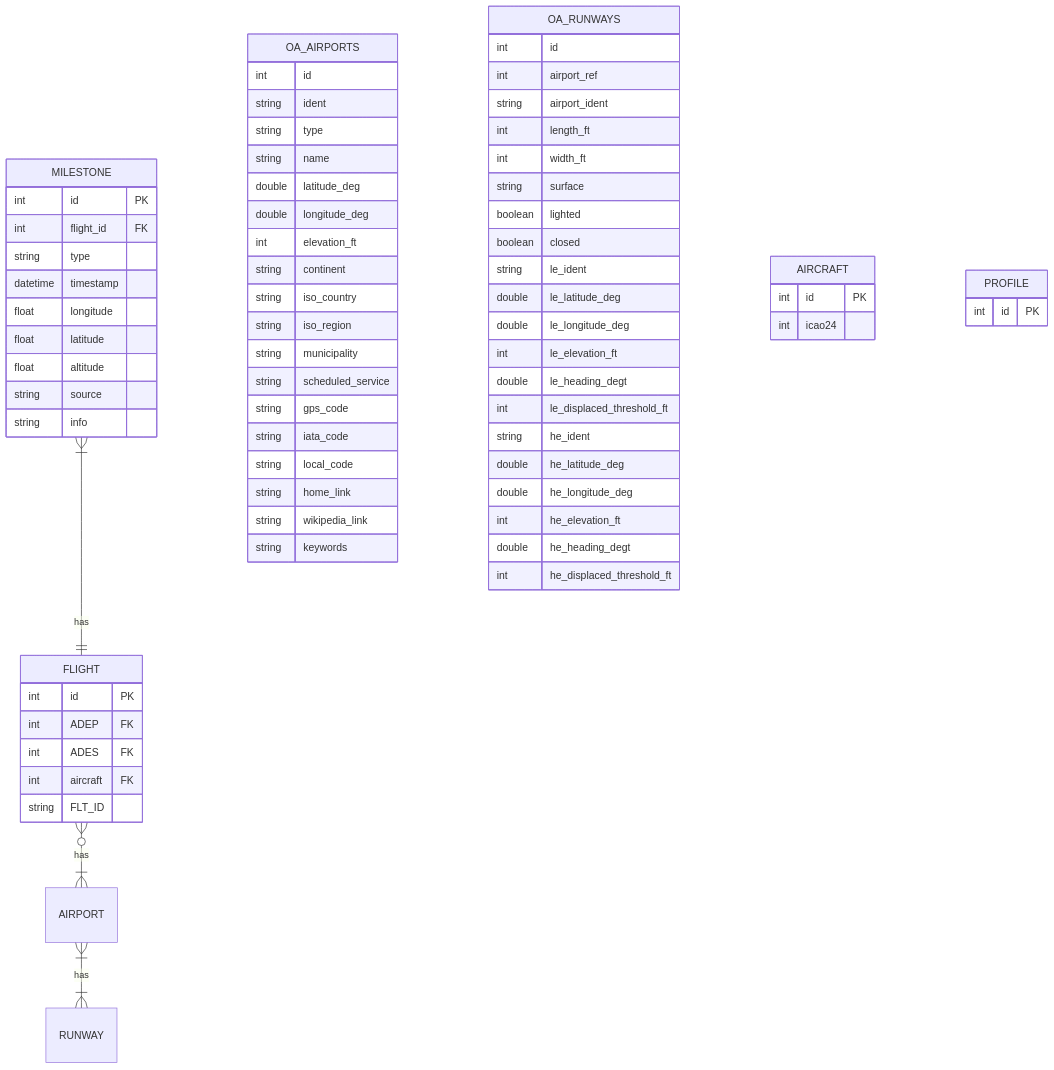
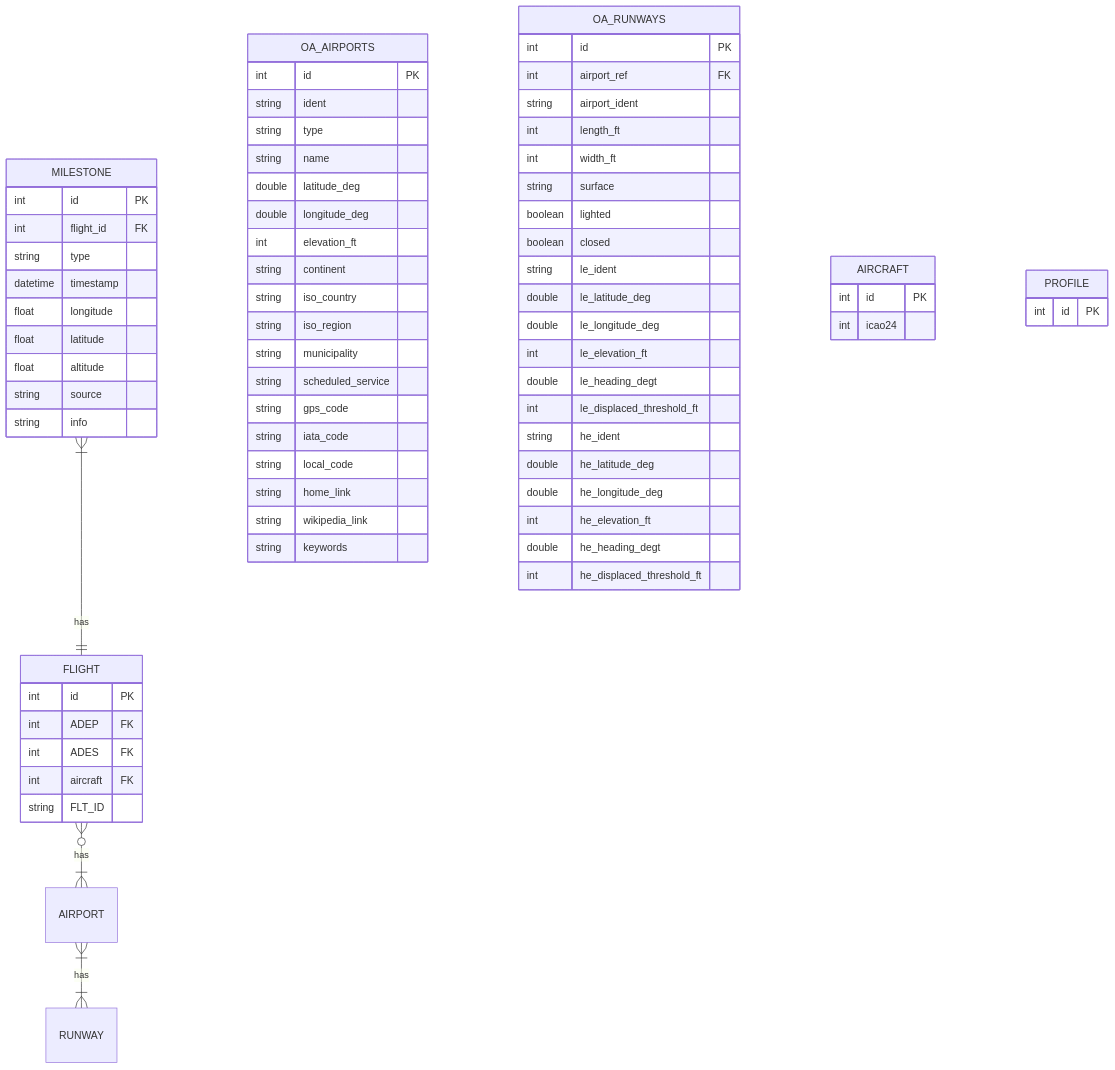
Before and after one commit to euctrl-pru/flight-milestones-concepts: the diagram in index.qmd, drawn with Mermaid.

````diff
--- a/index.qmd
+++ b/index.qmd
@@ -134,78 +134,78 @@
 ```{mermaid}
 %%| label: fig-er-diagram
 %%| fig-cap: "Entity-Relationship diagram for Milestone and relevant concepts."
 
 erDiagram
     MILESTONE {
         int id PK
         int flight_id FK
         string type
         datetime timestamp
         float longitude
         float latitude
         float altitude
         string source
         string info
     }
     FLIGHT {
         int id PK
         int ADEP FK
         int ADES FK
         int aircraft FK
         string FLT_ID
     }
     OA_AIRPORTS {
-        int id
+        int id PK
         string ident
         string type
         string name
         double latitude_deg
         double longitude_deg
         int elevation_ft
         string continent
         string iso_country
         string iso_region
         string municipality
         string scheduled_service
         string gps_code
         string iata_code
         string local_code
         string home_link
         string wikipedia_link
         string keywords
     }
     OA_RUNWAYS {
-        int id
-        int airport_ref
+        int id PK
+        int airport_ref FK
         string airport_ident
         int length_ft
         int width_ft
         string surface
         boolean lighted
         boolean closed
         string le_ident
         double le_latitude_deg
         double le_longitude_deg
         int le_elevation_ft
         double le_heading_degt
         int le_displaced_threshold_ft
         string he_ident
         double he_latitude_deg
         double he_longitude_deg
         int he_elevation_ft
         double he_heading_degt
         int he_displaced_threshold_ft
     }
     AIRCRAFT {
         int id PK
         int icao24
     }
     PROFILE {
         int id PK
     }
     
     MILESTONE }|--|| FLIGHT : has
     FLIGHT    }o--|{ AIRPORT : has
     AIRPORT   }|--|{ RUNWAY : has
 
 ```
````
